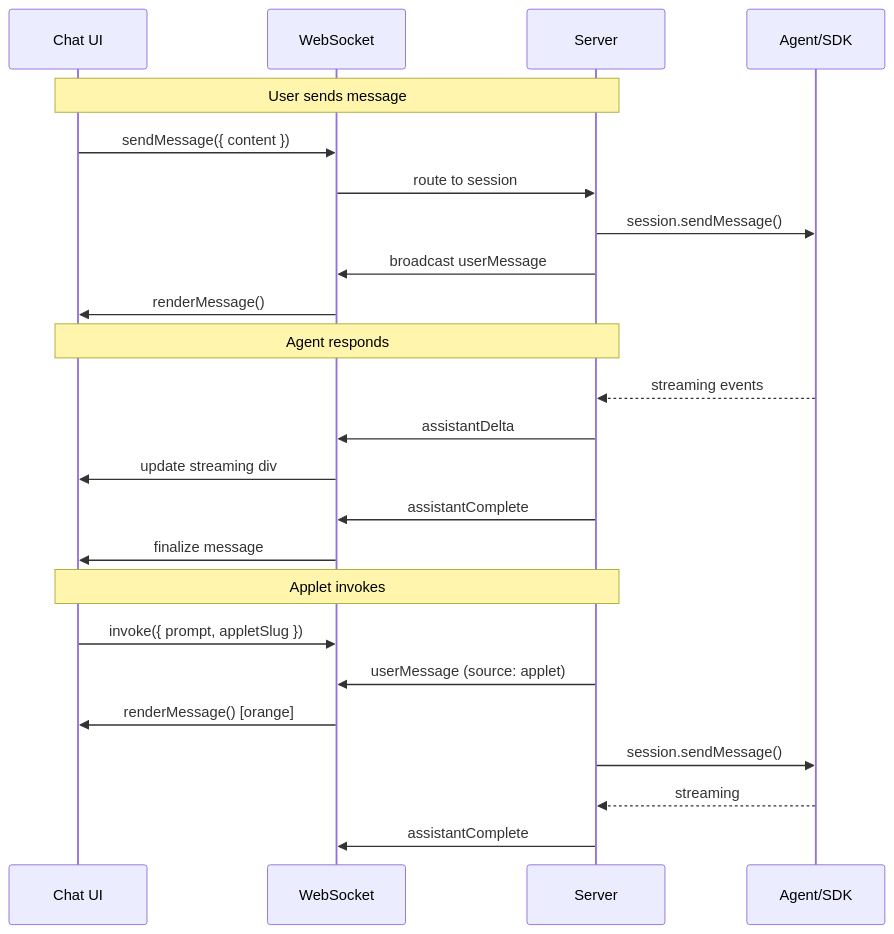
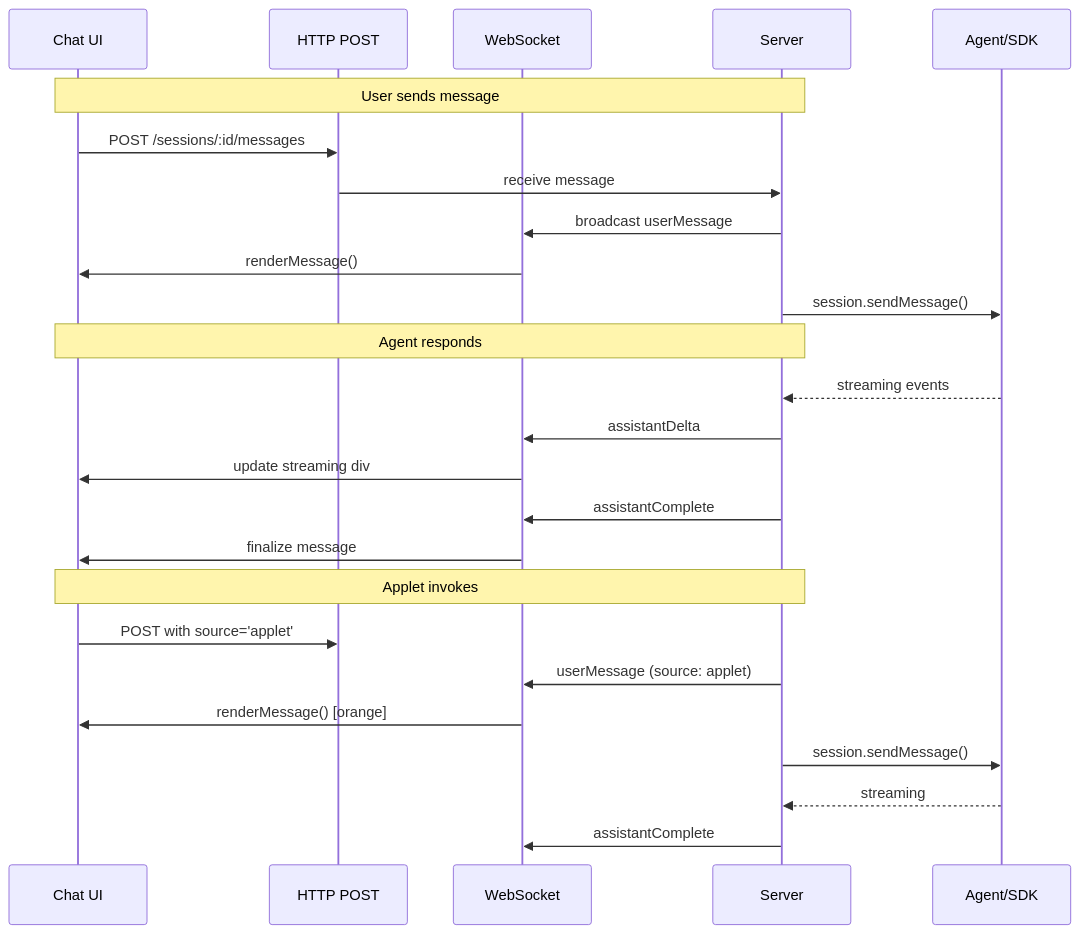
One commit to icksaur/caco changed the diagram in doc/websocket.md. Above: the diagram before and after it, drawn with Mermaid. The commit also changed other lines of this file, not shown here.

First line of the commit message:
doc: update spec to reflect HTTP POST for sending, WS for rendering

````diff
--- a/doc/websocket.md
+++ b/doc/websocket.md
@@ -244,29 +242,30 @@
 ```mermaid
 sequenceDiagram
     participant C as Chat UI
+    participant H as HTTP POST
     participant W as WebSocket
     participant S as Server
     participant A as Agent/SDK
 
     Note over C,S: User sends message
-    C->>W: sendMessage({ content })
-    W->>S: route to session
-    S->>A: session.sendMessage()
+    C->>H: POST /sessions/:id/messages
+    H->>S: receive message
     S->>W: broadcast userMessage
     W->>C: renderMessage()
+    S->>A: session.sendMessage()
 
     Note over C,S: Agent responds
     A-->>S: streaming events
     S->>W: assistantDelta
     W->>C: update streaming div
     S->>W: assistantComplete
     W->>C: finalize message
 
     Note over C,S: Applet invokes
-    C->>W: invoke({ prompt, appletSlug })
+    C->>H: POST with source='applet'
     S->>W: userMessage (source: applet)
     W->>C: renderMessage() [orange]
     S->>A: session.sendMessage()
     A-->>S: streaming
     S->>W: assistantComplete
 ```
````
